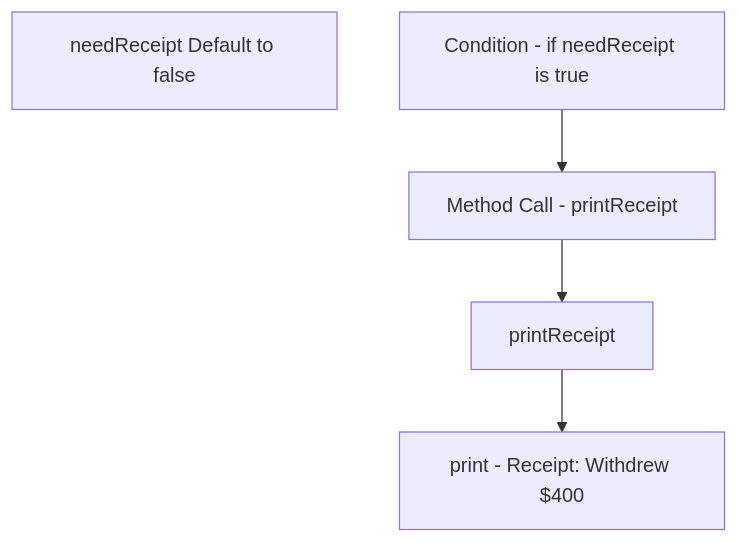
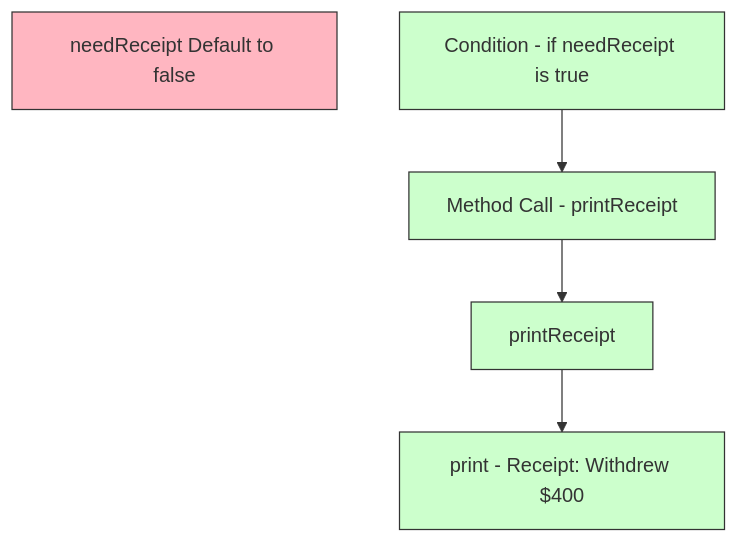
One commit to oppia/oppia-android changed the third of 4 diagrams in wiki/Writing-tests-with-good-behavioural-coverage.md. Above: the diagram before and after it, drawn with Mermaid. The commit also changed other lines of this file and 1 other file, not shown here.

````diff
--- a/wiki/Writing-tests-with-good-behavioural-coverage.md
+++ b/wiki/Writing-tests-with-good-behavioural-coverage.md
@@ -1189,7 +1291,13 @@
 ```mermaid
 graph TD
     B[needReceipt Default to false]
     D[Condition - if needReceipt is true] --> E[Method Call - printReceipt]
     E --> F[printReceipt]
     F --> G[print - Receipt: Withdrew $400]
+
+    style B fill:#FFB6C1,stroke:#333,stroke-width:1px, color:#00
+    style D fill:#cfc,stroke:#333,stroke-width:1px
+    style E fill:#cfc,stroke:#333,stroke-width:1px
+    style F fill:#cfc,stroke:#333,stroke-width:1px
+    style G fill:#cfc,stroke:#333,stroke-width:1px
 ```
````
